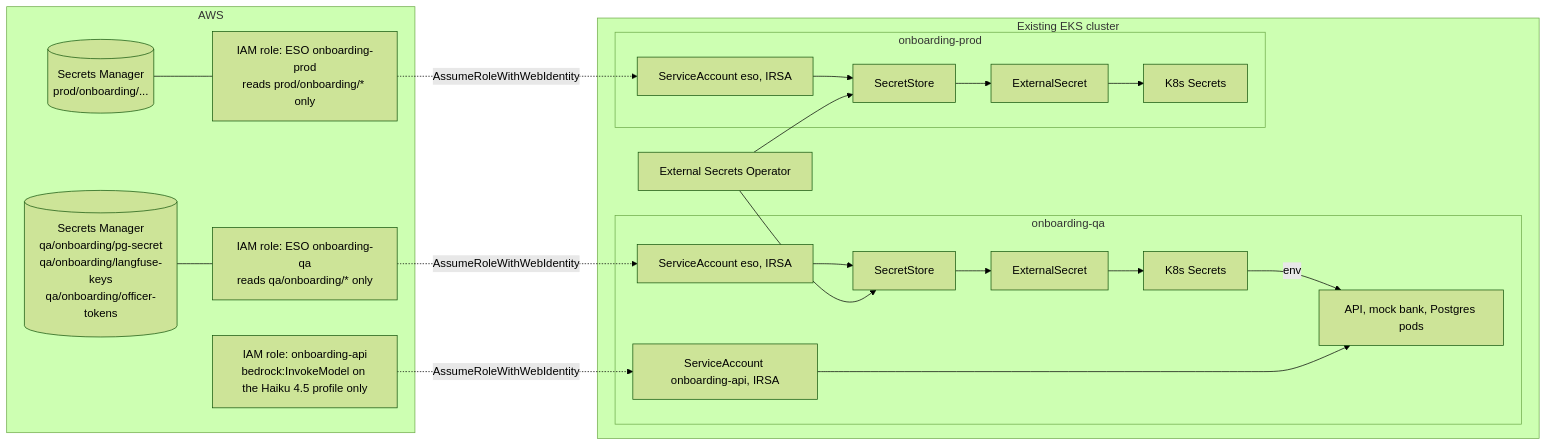
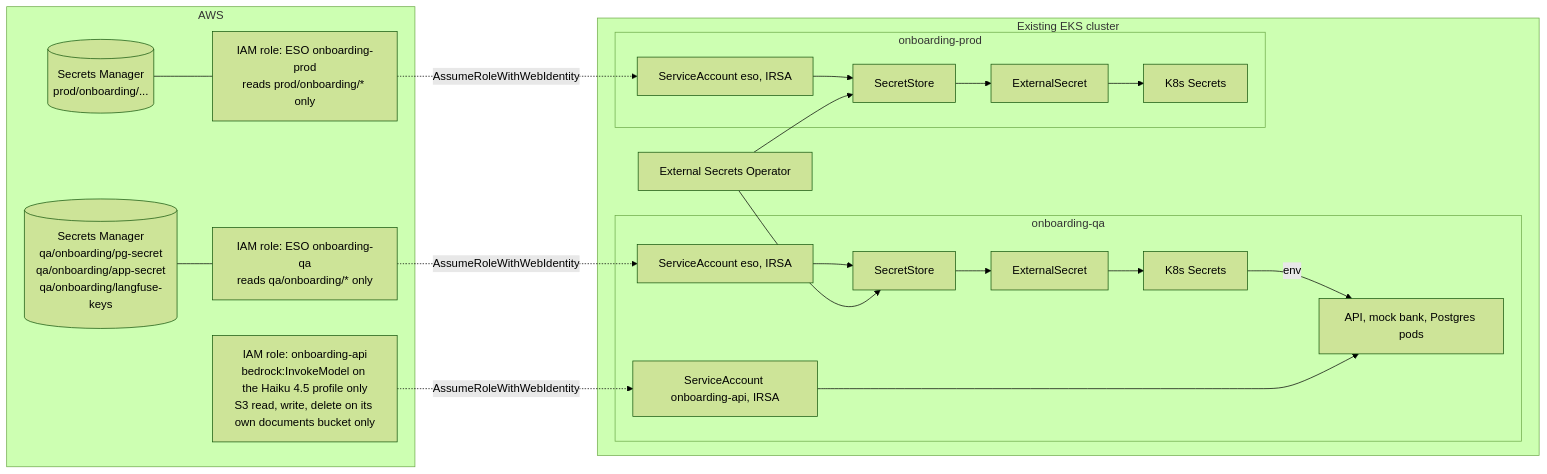
The third of 7 diagrams in README.md (meetbrij/client-onboarding-ai-agent), drawn with Mermaid (forest theme) before and after one commit. The commit also changed other lines of this file and 9 other files, not shown here.

````diff
--- a/README.md
+++ b/README.md
@@ -163,28 +166,28 @@
 ```mermaid
 flowchart LR
     subgraph AWS[AWS]
-        SMQ[(Secrets Manager<br/>qa/onboarding/pg-secret<br/>qa/onboarding/langfuse-keys<br/>qa/onboarding/officer-tokens)]
+        SMQ[(Secrets Manager<br/>qa/onboarding/pg-secret<br/>qa/onboarding/app-secret<br/>qa/onboarding/langfuse-keys)]
         SMP[(Secrets Manager<br/>prod/onboarding/...)]
         IAMQ[IAM role: ESO onboarding-qa<br/>reads qa/onboarding/* only]
         IAMP[IAM role: ESO onboarding-prod<br/>reads prod/onboarding/* only]
-        IAMB[IAM role: onboarding-api<br/>bedrock:InvokeModel on the Haiku 4.5 profile only]
+        IAMB[IAM role: onboarding-api<br/>bedrock:InvokeModel on the Haiku 4.5 profile only<br/>S3 read, write, delete on its own documents bucket only]
         SMQ --- IAMQ
         SMP --- IAMP
     end
     subgraph K8S[Existing EKS cluster]
         ESO[External Secrets Operator]
         subgraph QA[onboarding-qa]
             SAQ[ServiceAccount eso, IRSA] --> SSQ[SecretStore] --> ESQ[ExternalSecret] --> KSQ[K8s Secrets]
             KSQ -->|env| PODSQ[API, mock bank, Postgres pods]
             SAA[ServiceAccount onboarding-api, IRSA] --> PODSQ
         end
         subgraph PROD[onboarding-prod]
             SAP[ServiceAccount eso, IRSA] --> SSP[SecretStore] --> ESP[ExternalSecret] --> KSP[K8s Secrets]
         end
         ESO --> SSQ
         ESO --> SSP
     end
     IAMQ -. AssumeRoleWithWebIdentity .-> SAQ
     IAMP -. AssumeRoleWithWebIdentity .-> SAP
     IAMB -. AssumeRoleWithWebIdentity .-> SAA
 ```
````
